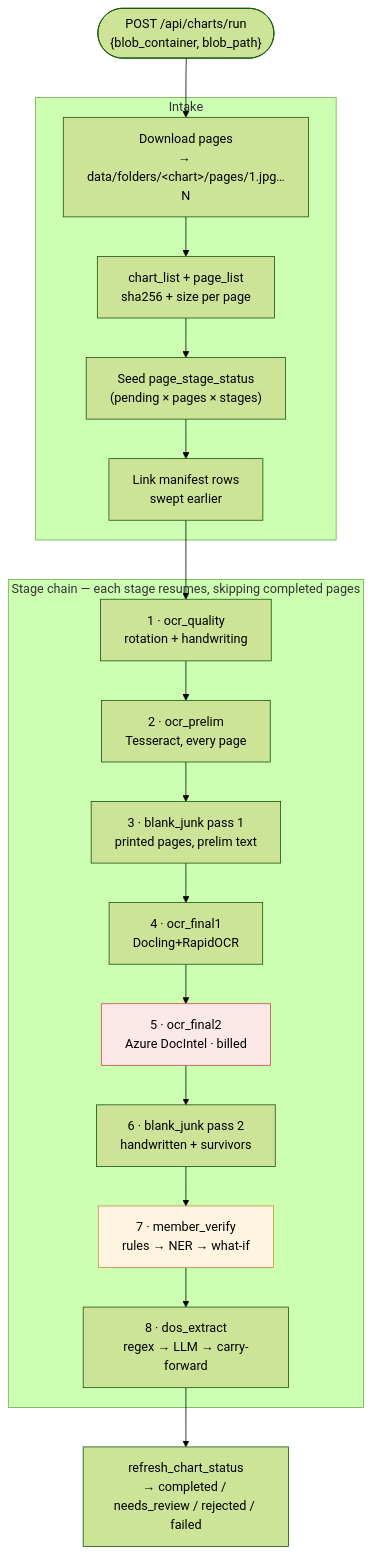
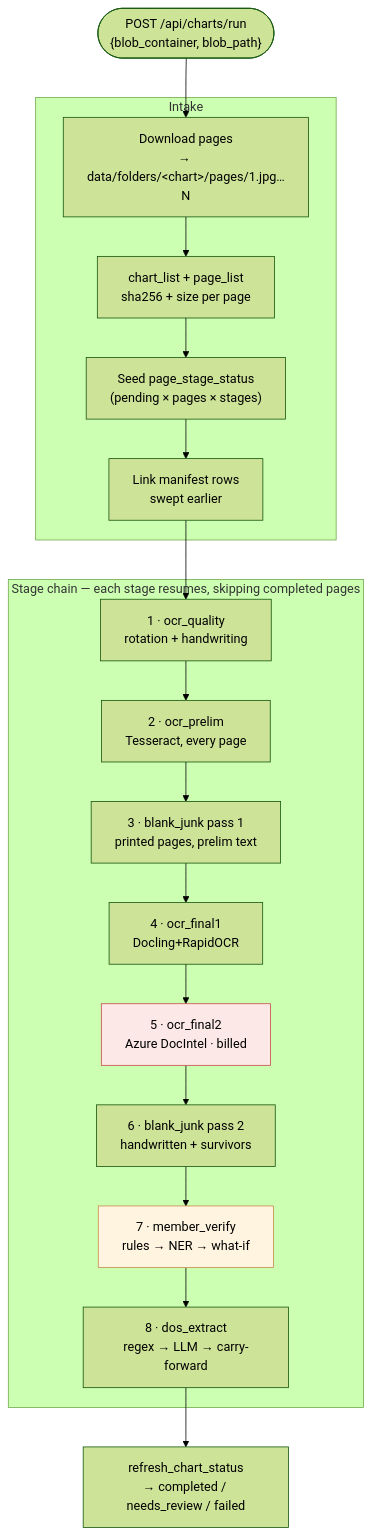
Before and after one commit to abhinavdg-ever/model-repo: the second of 6 diagrams in docs/FLOW.md, drawn with Mermaid (forest theme). The commit also changed other lines of this file and 29 other files, not shown here.

First line of the commit message:
Persist chart output_path, fix OCR bbox overlays, and improve skip_ocr reuse.

````diff
--- a/docs/FLOW.md
+++ b/docs/FLOW.md
@@ -47,30 +47,30 @@
 ```mermaid
 flowchart TD
   START(["POST /api/charts/run<br/>{blob_container, blob_path}"]) --> DL
 
   subgraph INTAKE["Intake"]
     DL["Download pages<br/>→ data/folders/&lt;chart&gt;/pages/1.jpg…N"]
     DL --> REG["chart_list + page_list<br/>sha256 + size per page"]
     REG --> SEED["Seed page_stage_status<br/>(pending × pages × stages)"]
     SEED --> LINK["Link manifest rows<br/>swept earlier"]
   end
 
   LINK --> S1
 
   subgraph CHAIN["Stage chain — each stage resumes, skipping completed pages"]
     S1["1 · ocr_quality<br/>rotation + handwriting"]
     S2["2 · ocr_prelim<br/>Tesseract, every page"]
     S3["3 · blank_junk pass 1<br/>printed pages, prelim text"]
     S4["4 · ocr_final1<br/>Docling+RapidOCR"]
     S5["5 · ocr_final2<br/>Azure DocIntel · billed"]
     S6["6 · blank_junk pass 2<br/>handwritten + survivors"]
     S7["7 · member_verify<br/>rules → NER → what-if"]
     S8["8 · dos_extract<br/>regex → LLM → carry-forward"]
     S1 --> S2 --> S3 --> S4 --> S5 --> S6 --> S7 --> S8
   end
 
-  S8 --> DONE["refresh_chart_status<br/>→ completed / needs_review / rejected / failed"]
+  S8 --> DONE["refresh_chart_status<br/>→ completed / needs_review / failed"]
 
   style S5 fill:#fde8e8,stroke:#c74a4a
   style S7 fill:#fff4e0,stroke:#c78a4a
 ```
````
